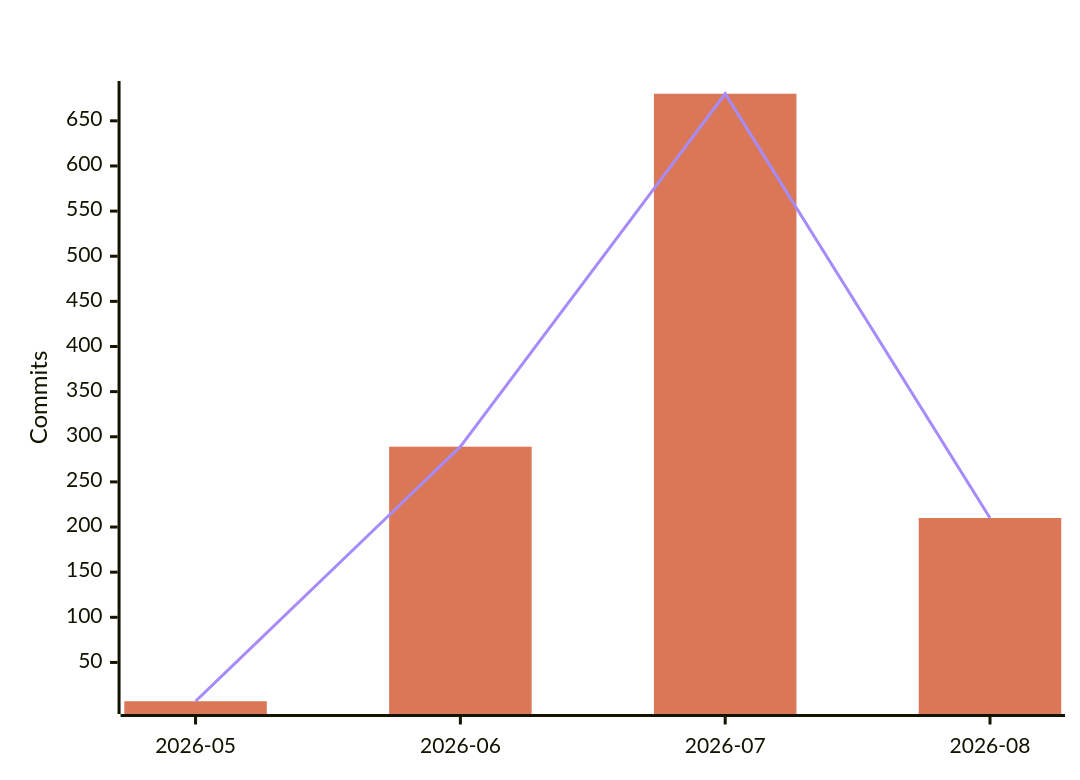
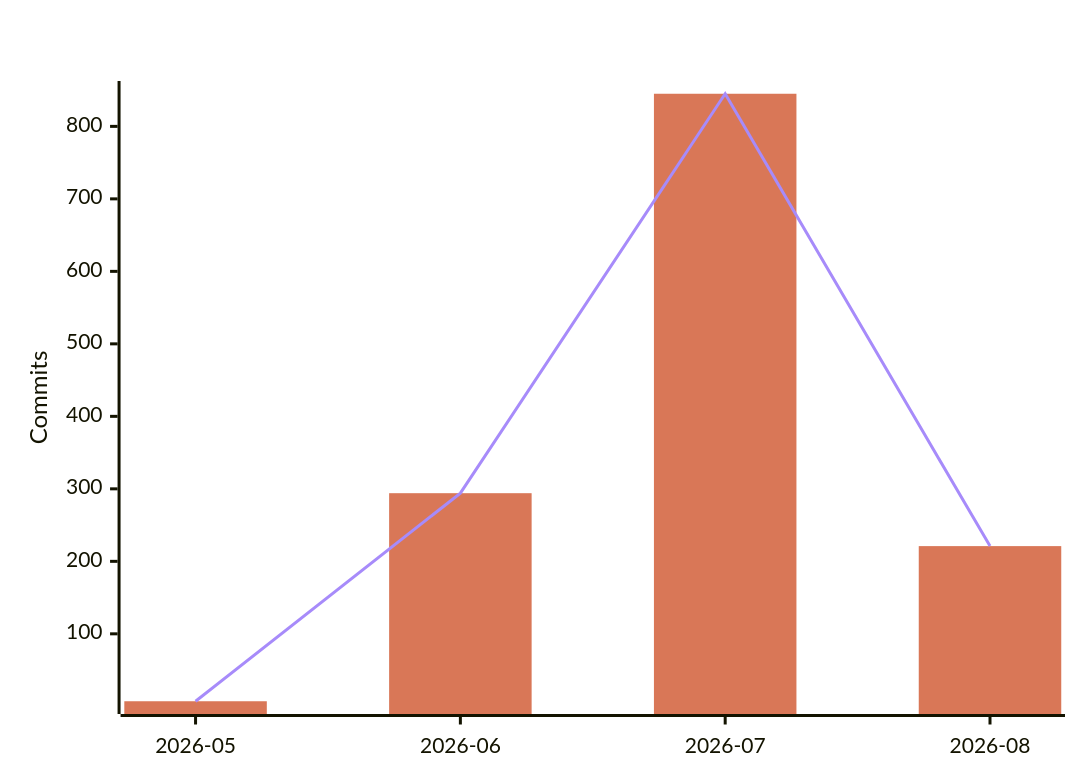
The fourth of 7 diagrams in README.md (polo-nyan/polo-nyan), drawn with Mermaid before and after one commit. The commit also changed other lines of this file and 1 other file, not shown here.

````diff
--- a/README.md
+++ b/README.md
@@ -294,9 +294,9 @@
 ```mermaid
 %%{init: {"xyChart": {"titleColor": "#ffffff", "xAxisLabelColor": "#ffffff", "yAxisLabelColor": "#ffffff"}, "themeVariables": {"xyChart": {"titleColor": "#ffffff", "plotColorPalette": "#d97757, #a78bfa"}}}}%%
 xychart-beta
     title "AI-Assisted Commits Per Month"
     x-axis ["2026-05", "2026-06", "2026-07", "2026-08"]
     y-axis "Commits"
-    bar [7, 289, 680, 210]
-    line [7, 289, 680, 210]
+    bar [7, 294, 845, 221]
+    line [7, 294, 845, 221]
 ```
````
